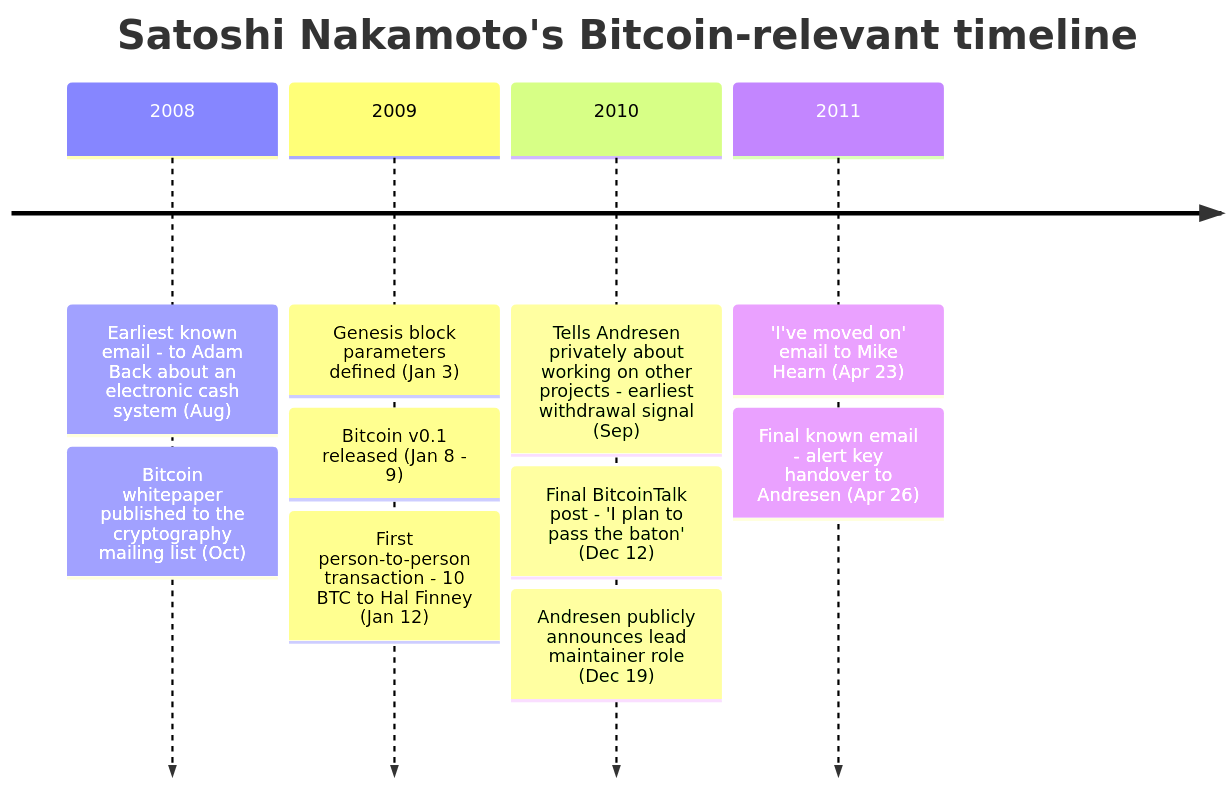
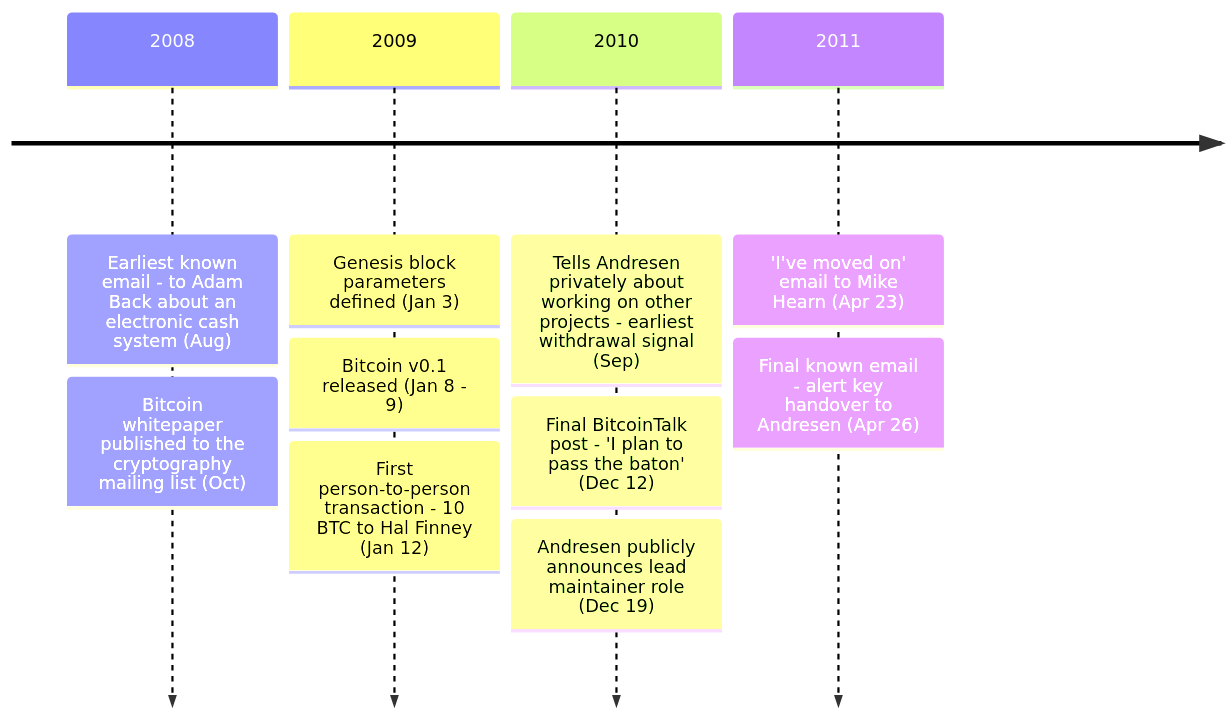
Before and after one commit to cypher256/BitcoinArchive: the diagram in src/data/entries/en/aftermath/2008-10-31-satoshi-nakamoto-biography.md, drawn with Mermaid. The commit also changed other lines of this file and 50 other files, not shown here.

````diff
--- a/src/data/entries/en/aftermath/2008-10-31-satoshi-nakamoto-biography.md
+++ b/src/data/entries/en/aftermath/2008-10-31-satoshi-nakamoto-biography.md
@@ -59,14 +61,13 @@
 ```mermaid
 timeline
-    title Satoshi Nakamoto's Bitcoin-relevant timeline
     2008 : Earliest known email - to Adam Back about an electronic cash system (Aug)
          : Bitcoin whitepaper published to the cryptography mailing list (Oct)
     2009 : Genesis block parameters defined (Jan 3)
          : Bitcoin v0.1 released (Jan 8 - 9)
          : First person-to-person transaction - 10 BTC to Hal Finney (Jan 12)
     2010 : Tells Andresen privately about working on other projects - earliest withdrawal signal (Sep)
          : Final BitcoinTalk post - 'I plan to pass the baton' (Dec 12)
          : Andresen publicly announces lead maintainer role (Dec 19)
     2011 : 'I've moved on' email to Mike Hearn (Apr 23)
          : Final known email - alert key handover to Andresen (Apr 26)
 ```
````
